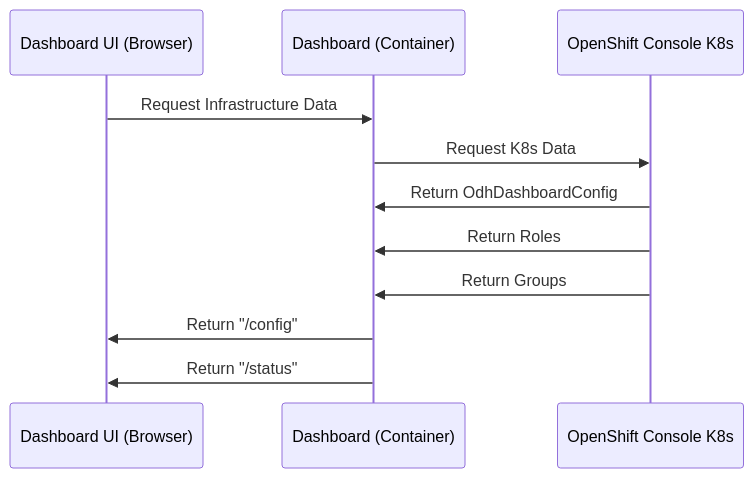
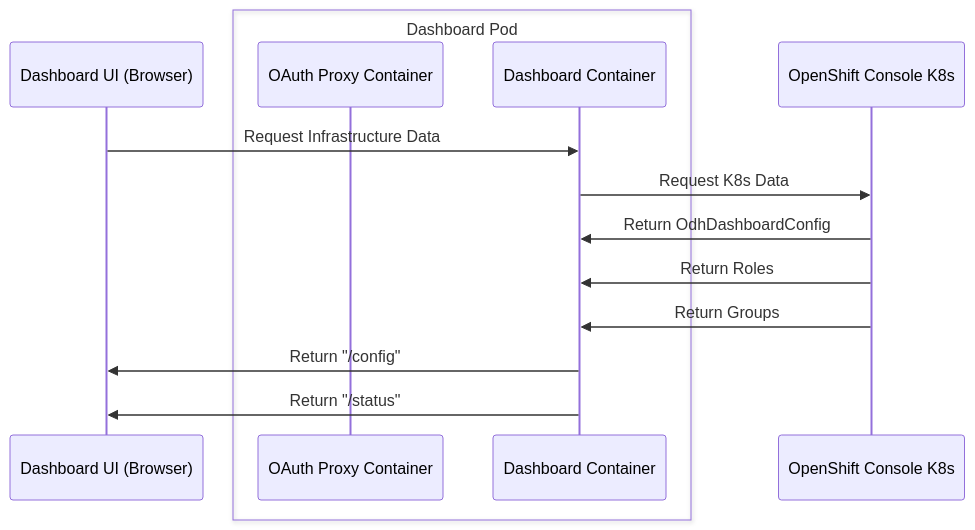
The second of 2 diagrams in documentation/components/dashboard/README.md (opendatahub-io/architecture-decision-records), drawn with Mermaid before and after one commit. The commit also changed other lines of this file, not shown here.

````diff
--- a/documentation/components/dashboard/README.md
+++ b/documentation/components/dashboard/README.md
@@ -62,14 +49,20 @@
 ```mermaid
 sequenceDiagram
     participant DashboardUI as Dashboard UI (Browser)
-    participant Dashboard as Dashboard (Container)
+    box Dashboard Pod
+    participant OAuth Proxy Container
+    participant Dashboard as Dashboard Container
+    end
     participant OpenShift as OpenShift Console K8s
 
+    %% Corresponds to routes in backend/src/routes/api/k8s
     DashboardUI->>Dashboard: Request Infrastructure Data
+    
+    %% Corresponds to routes in backend/src/routes/api/dashboardConfig and backend/src/routes/api/groups-config
     Dashboard->>OpenShift: Request K8s Data
     OpenShift->>Dashboard: Return OdhDashboardConfig
     OpenShift->>Dashboard: Return Roles
     OpenShift->>Dashboard: Return Groups
     Dashboard->>DashboardUI: Return "/config"
     Dashboard->>DashboardUI: Return "/status"
 ```
````
